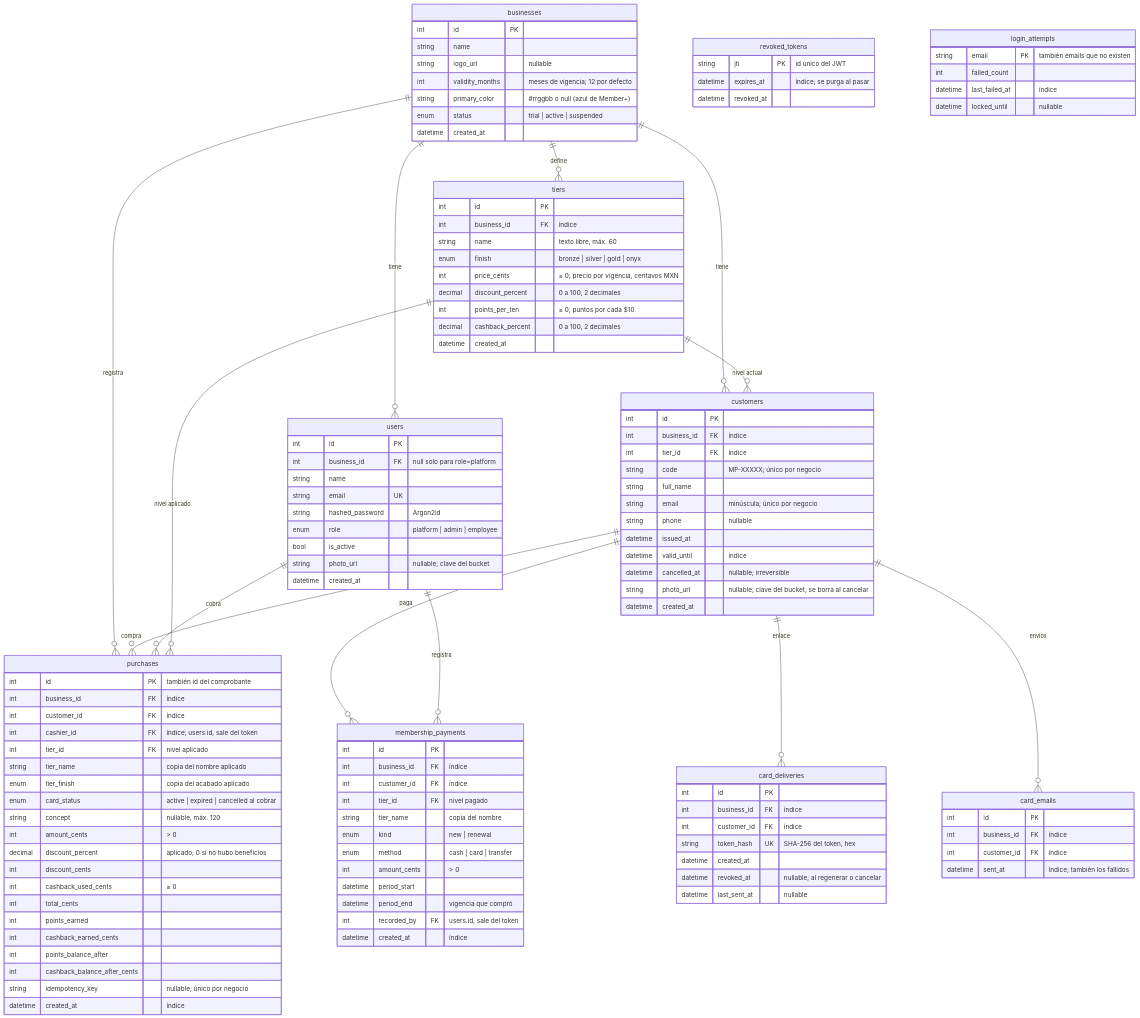
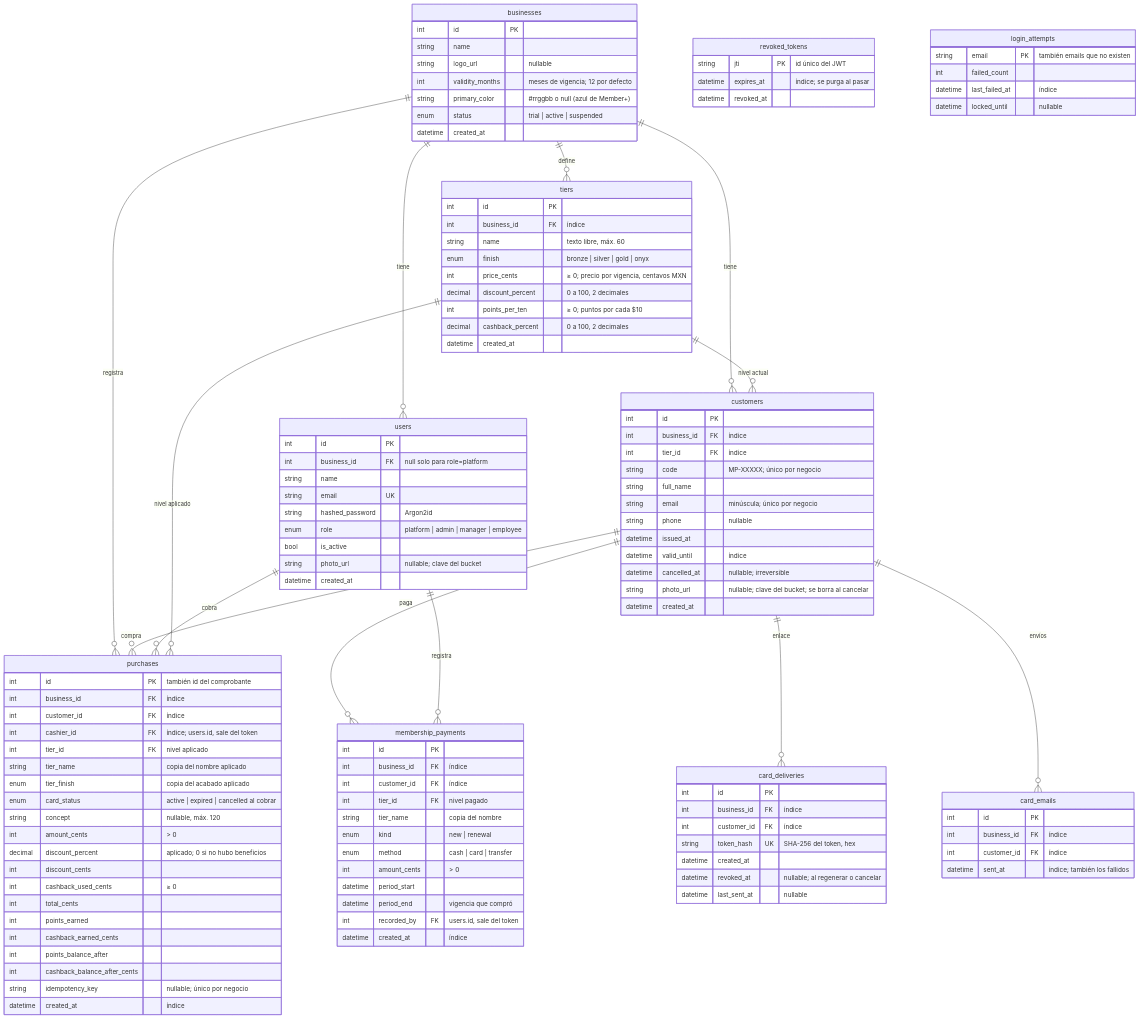
Before and after one commit to AGA-Studio/Member-Web: the third of 15 diagrams in docs/ARCHITECTURE.md, drawn with Mermaid. The commit also changed other lines of this file and 3 other files, not shown here.

```diff
--- a/docs/ARCHITECTURE.md
+++ b/docs/ARCHITECTURE.md
@@ -159,7 +159,7 @@
         string name
         string email UK
         string hashed_password "Argon2id"
-        enum role "platform | admin | employee"
+        enum role "platform | admin | manager | employee"
         bool is_active
         string photo_url "nullable; clave del bucket"
         datetime created_at
```
